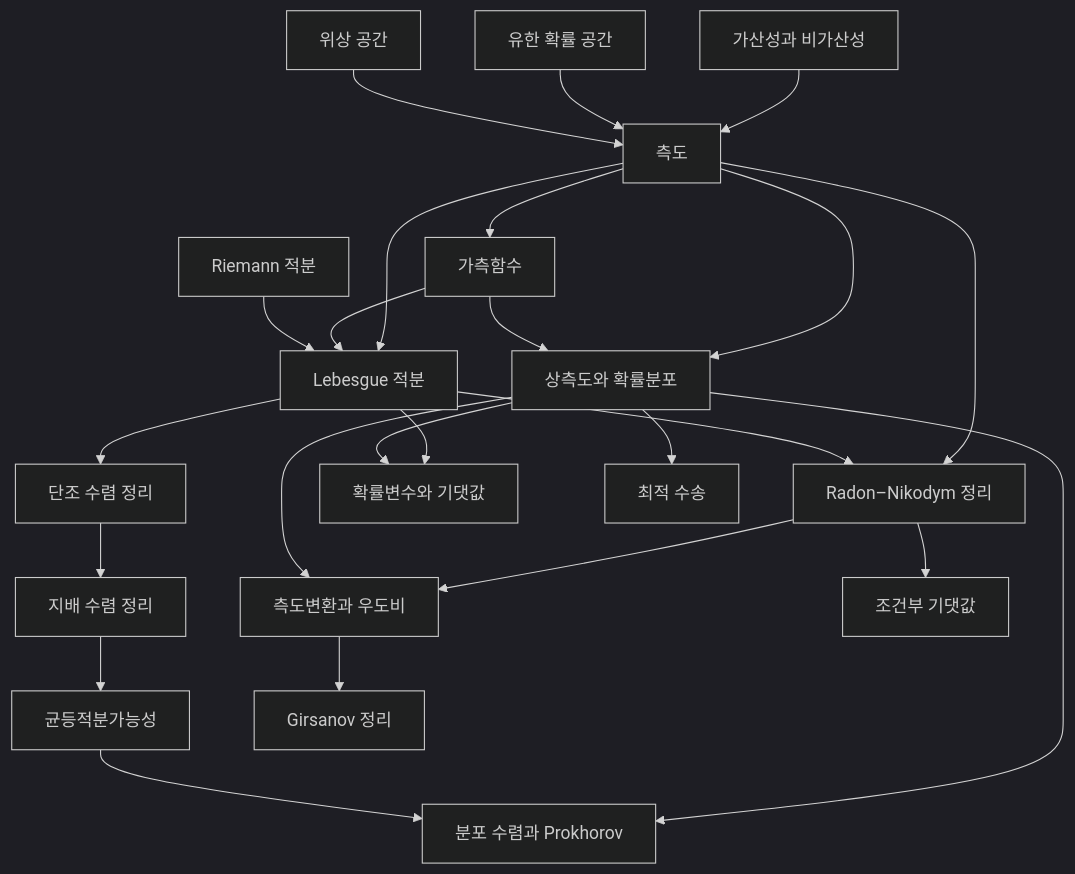
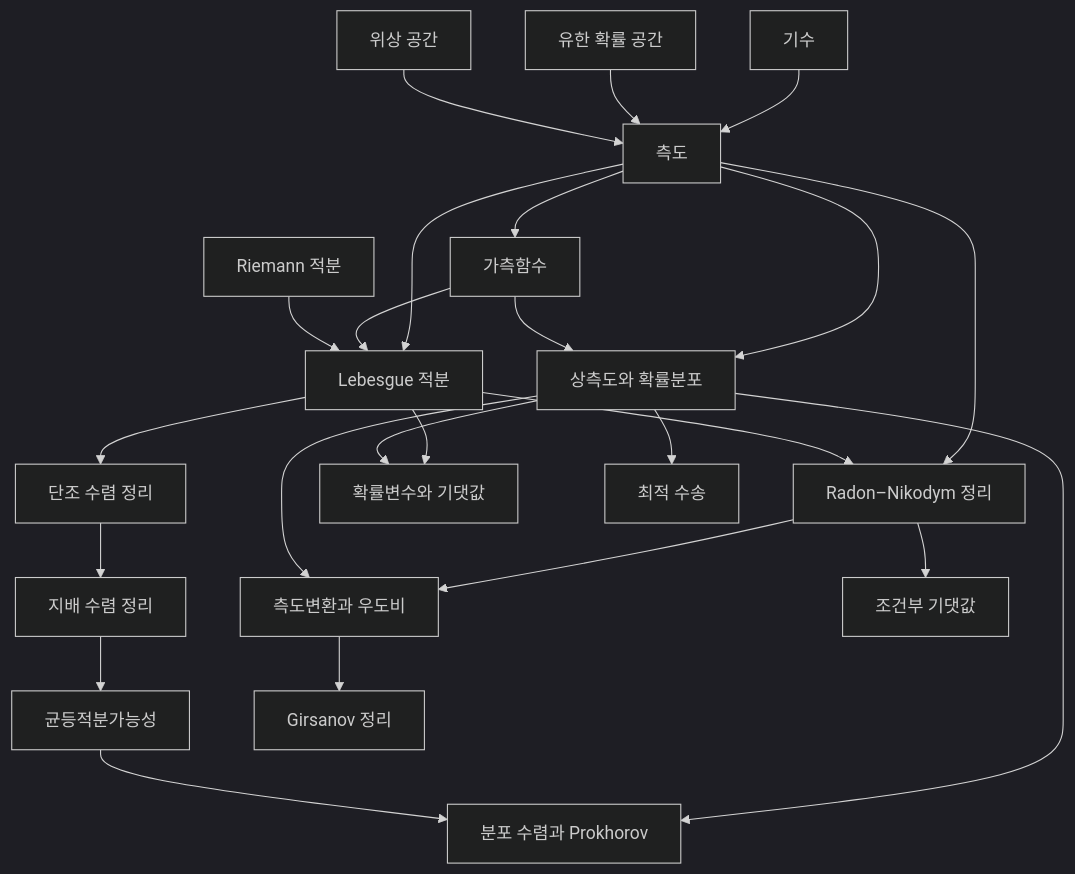
One commit to Phryxia/math-map changed the diagram in docs/measure-theory-overview.md. Above: the diagram before and after it, drawn with Mermaid (dark theme). The commit also changed 21 other files, not shown here.

````diff
--- a/docs/measure-theory-overview.md
+++ b/docs/measure-theory-overview.md
@@ -13,26 +13,26 @@
 ```mermaid
 graph TD
-  CA["가산성과 비가산성"] --> ME["측도"]
+  CA["기수"] --> ME["측도"]
   PR["유한 확률 공간"] --> ME
   TO["위상 공간"] --> ME
   ME --> MF["가측함수"]
   ME --> LI["Lebesgue 적분"]
   MF --> LI
   RI["Riemann 적분"] --> LI
   ME --> PM["상측도와 확률분포"]
   MF --> PM
   ME --> RN["Radon–Nikodym 정리"]
   LI --> RN
   LI --> MC["단조 수렴 정리"]
   MC --> DC["지배 수렴 정리"]
   DC --> UI["균등적분가능성"]
   LI --> RV["확률변수와 기댓값"]
   PM --> RV
   PM --> WC["분포 수렴과 Prokhorov"]
   UI --> WC
   PM --> OT["최적 수송"]
   RN --> CM["측도변환과 우도비"]
   PM --> CM
   RN --> CE["조건부 기댓값"]
   CM --> GS["Girsanov 정리"]
 ```
````
